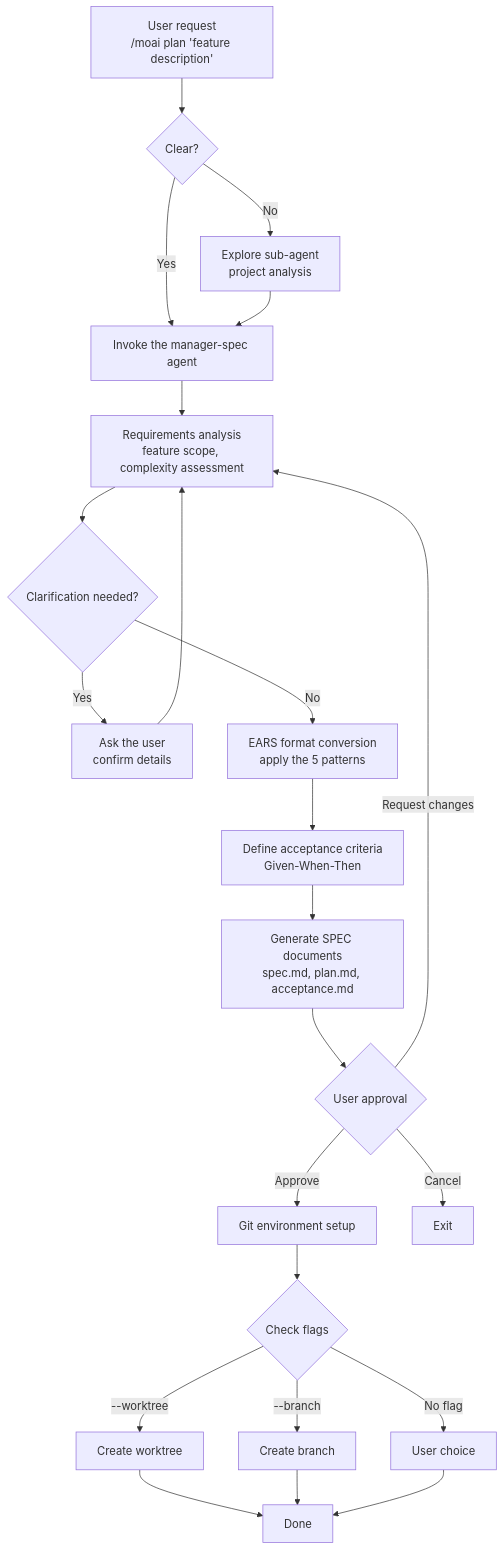
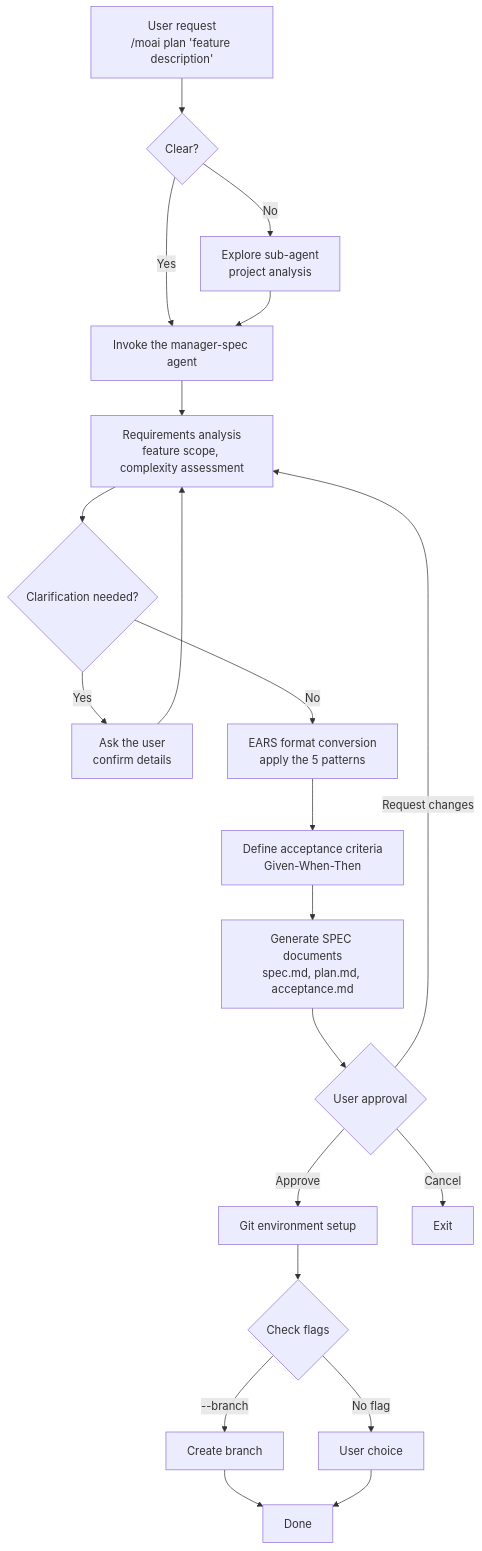
One commit to modu-ai/moai-adk changed the first of 2 diagrams in docs-site/content/en/workflow-commands/moai-plan.md. Above: the diagram before and after it, drawn with Mermaid. The commit also changed other lines of this file and 10 other files, not shown here.

````diff
--- a/docs-site/content/en/workflow-commands/moai-plan.md
+++ b/docs-site/content/en/workflow-commands/moai-plan.md
@@ -116,25 +114,23 @@
 ```mermaid
 flowchart TD
     A["User request<br/>/moai plan 'feature description'"] --> B{Clear?}
     B -->|No| C["Explore sub-agent<br/>project analysis"]
     B -->|Yes| D["Invoke the manager-spec agent"]
     C --> D
     D --> E["Requirements analysis<br/>feature scope, complexity assessment"]
     E --> F{"Clarification needed?"}
     F -->|Yes| G["Ask the user<br/>confirm details"]
     G --> E
     F -->|No| H["EARS format conversion<br/>apply the 5 patterns"]
     H --> I["Define acceptance criteria<br/>Given-When-Then"]
     I --> J["Generate SPEC documents<br/>spec.md, plan.md, acceptance.md"]
     J --> K{"User approval"}
     K -->|Approve| L["Git environment setup"]
     K -->|Request changes| E
     K -->|Cancel| M["Exit"]
     L --> N{"Check flags"}
-    N -->|--worktree| O["Create worktree"]
     N -->|--branch| P["Create branch"]
     N -->|No flag| Q["User choice"]
-    O --> R["Done"]
-    P --> R
+    P --> R["Done"]
     Q --> R
 ```
````
